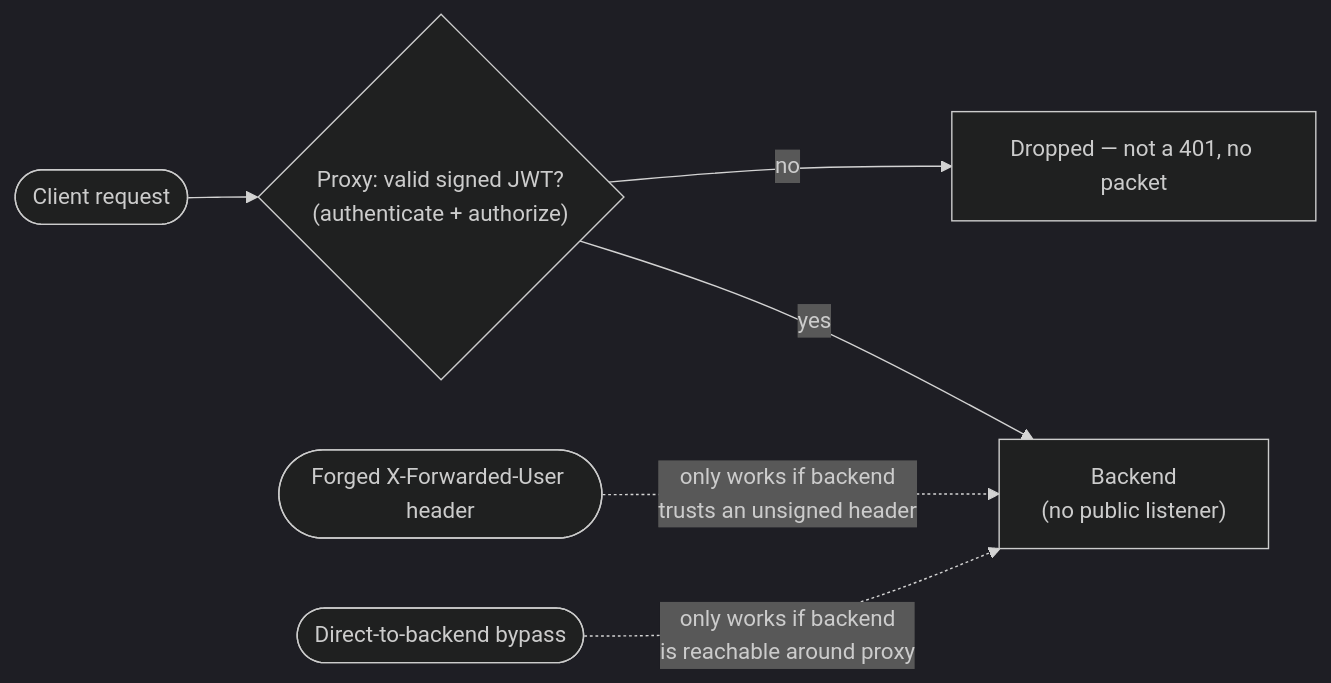
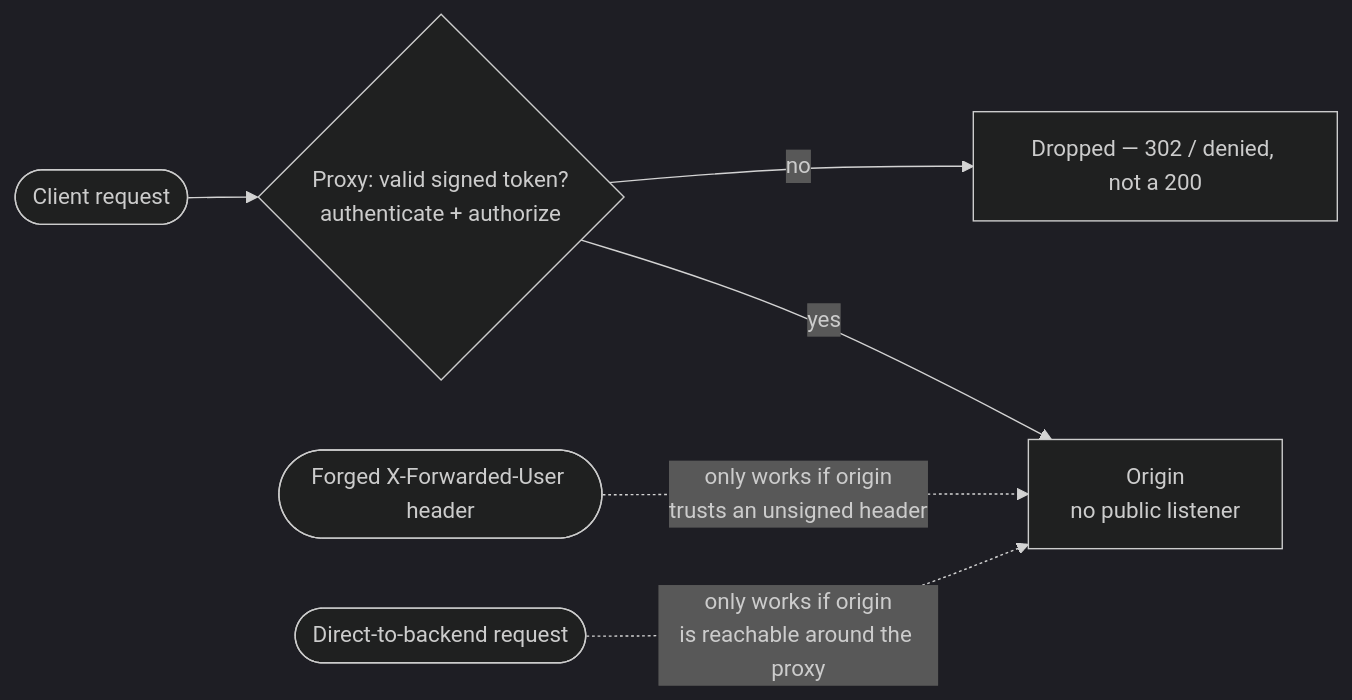
One commit to plaintext-security/plaintext changed the third of 3 diagrams in tracks/11-ztna/modules/06-identity-aware-access/README.md. Above: the diagram before and after it, drawn with Mermaid (dark theme). The commit also changed other lines of this file and 24 other files, not shown here.

````diff
--- a/tracks/11-ztna/modules/06-identity-aware-access/README.md
+++ b/tracks/11-ztna/modules/06-identity-aware-access/README.md
@@ -42,8 +145,8 @@
 ```mermaid
 flowchart LR
-    C([Client request]) --> P{"Proxy: valid signed JWT?<br/>(authenticate + authorize)"}
-    P -->|yes| B["Backend<br/>(no public listener)"]
-    P -->|no| X["Dropped — not a 401, no packet"]
-    F(["Forged X-Forwarded-User header"]) -. only works if backend<br/>trusts an unsigned header .-> B
-    Y(["Direct-to-backend bypass"]) -. only works if backend<br/>is reachable around proxy .-> B
+    C([Client request]) --> P{"Proxy: valid signed token?<br/>authenticate + authorize"}
+    P -->|yes| B["Origin<br/>no public listener"]
+    P -->|no| X["Dropped — 302 / denied, not a 200"]
+    F(["Forged X-Forwarded-User header"]) -. only works if origin<br/>trusts an unsigned header .-> B
+    Y(["Direct-to-backend request"]) -. only works if origin<br/>is reachable around the proxy .-> B
 ```
````
